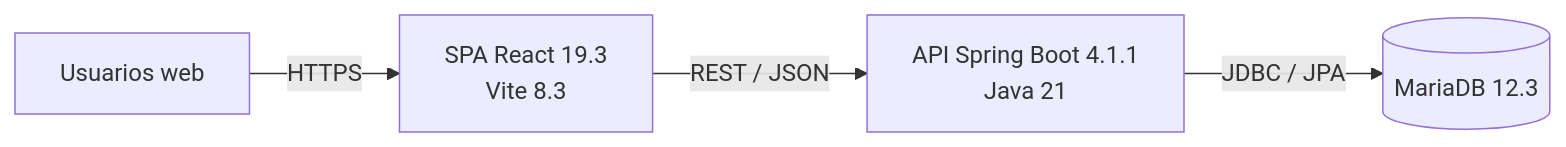
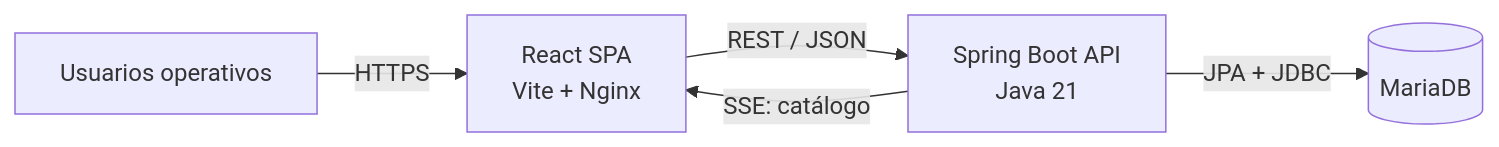
The second of 3 diagrams in arepas-lulu-prototype/docs/architecture/C4.md (Deim05x/arepas-lulu-prototype), drawn with Mermaid before and after one commit. The commit also changed other lines of this file and 14 other files, not shown here.

````diff
--- a/arepas-lulu-prototype/docs/architecture/C4.md
+++ b/arepas-lulu-prototype/docs/architecture/C4.md
@@ -19,6 +20,7 @@
 ```mermaid
 flowchart LR
-  U[Usuarios web] -->|HTTPS| FE[SPA React 19.3\nVite 8.3]
-  FE -->|REST / JSON| API[API Spring Boot 4.1.1\nJava 21]
-  API -->|JDBC / JPA| DB[(MariaDB 12.3)]
+    U[Usuarios operativos] -->|HTTPS| WEB[React SPA\nVite + Nginx]
+    WEB -->|REST / JSON| API[Spring Boot API\nJava 21]
+    API -->|JPA + JDBC| DB[(MariaDB)]
+    API -->|SSE: catálogo| WEB
 ```
````
